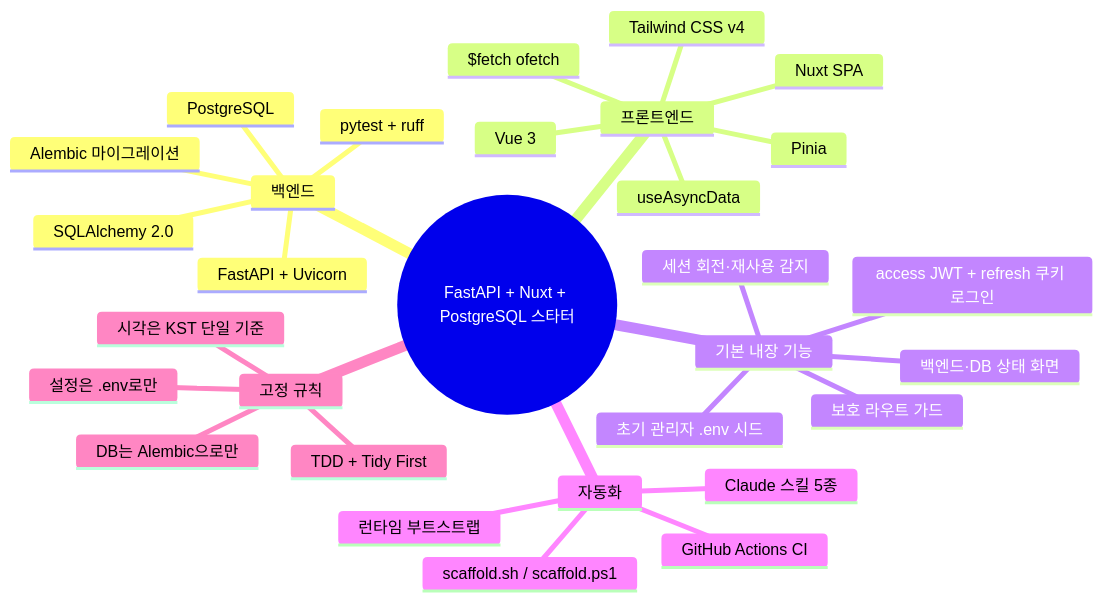
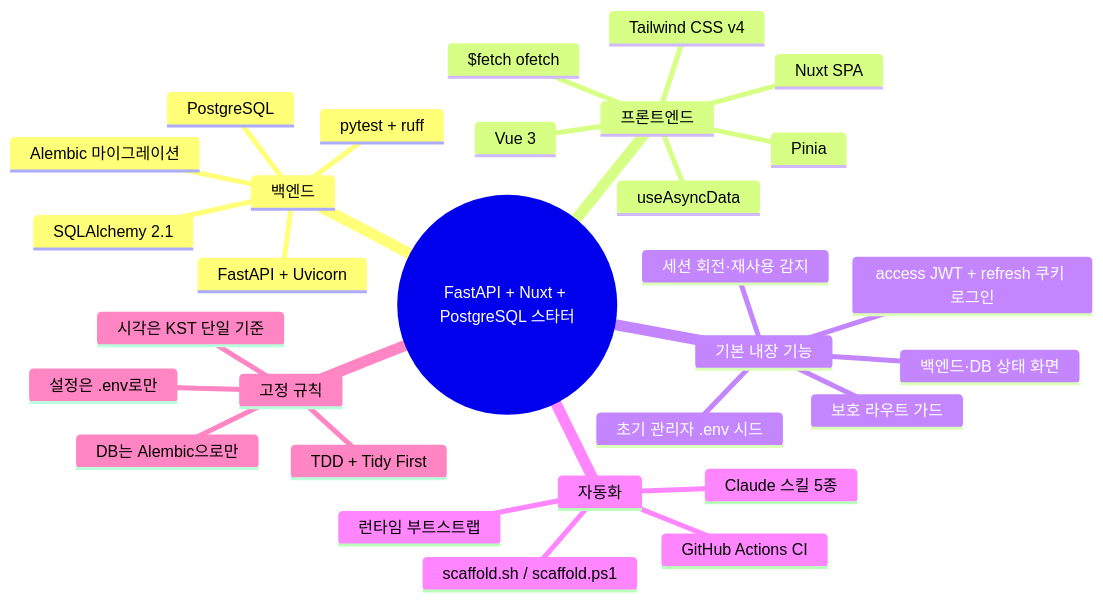
One commit to al8bright/fastapi-nuxt-pg-starter changed the first of 4 diagrams in README.md. Above: the diagram before and after it, drawn with Mermaid. The commit also changed other lines of this file and 12 other files, not shown here.

````diff
--- a/README.md
+++ b/README.md
@@ -29,33 +29,33 @@
 ```mermaid
 mindmap
   root((FastAPI + Nuxt + PostgreSQL 스타터))
     백엔드
       FastAPI + Uvicorn
-      SQLAlchemy 2.0
+      SQLAlchemy 2.1
       Alembic 마이그레이션
       pytest + ruff
       PostgreSQL
     프론트엔드
       Nuxt SPA
       Vue 3
       Pinia
       useAsyncData
       $fetch ofetch
       Tailwind CSS v4
     기본 내장 기능
       access JWT + refresh 쿠키 로그인
       세션 회전·재사용 감지
       초기 관리자 .env 시드
       보호 라우트 가드
       백엔드·DB 상태 화면
     자동화
       scaffold.sh / scaffold.ps1
       런타임 부트스트랩
       GitHub Actions CI
       Claude 스킬 5종
     고정 규칙
       DB는 Alembic으로만
       설정은 .env로만
       시각은 KST 단일 기준
       TDD + Tidy First
 ```
````
